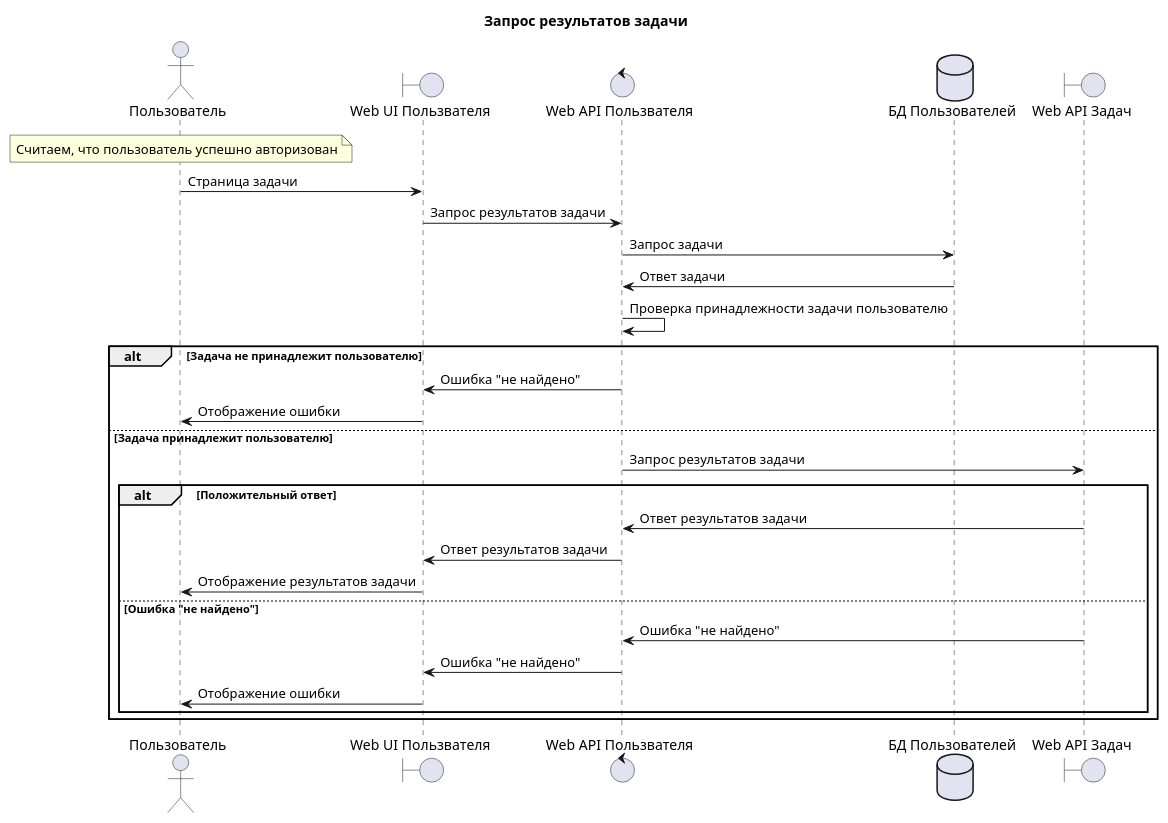
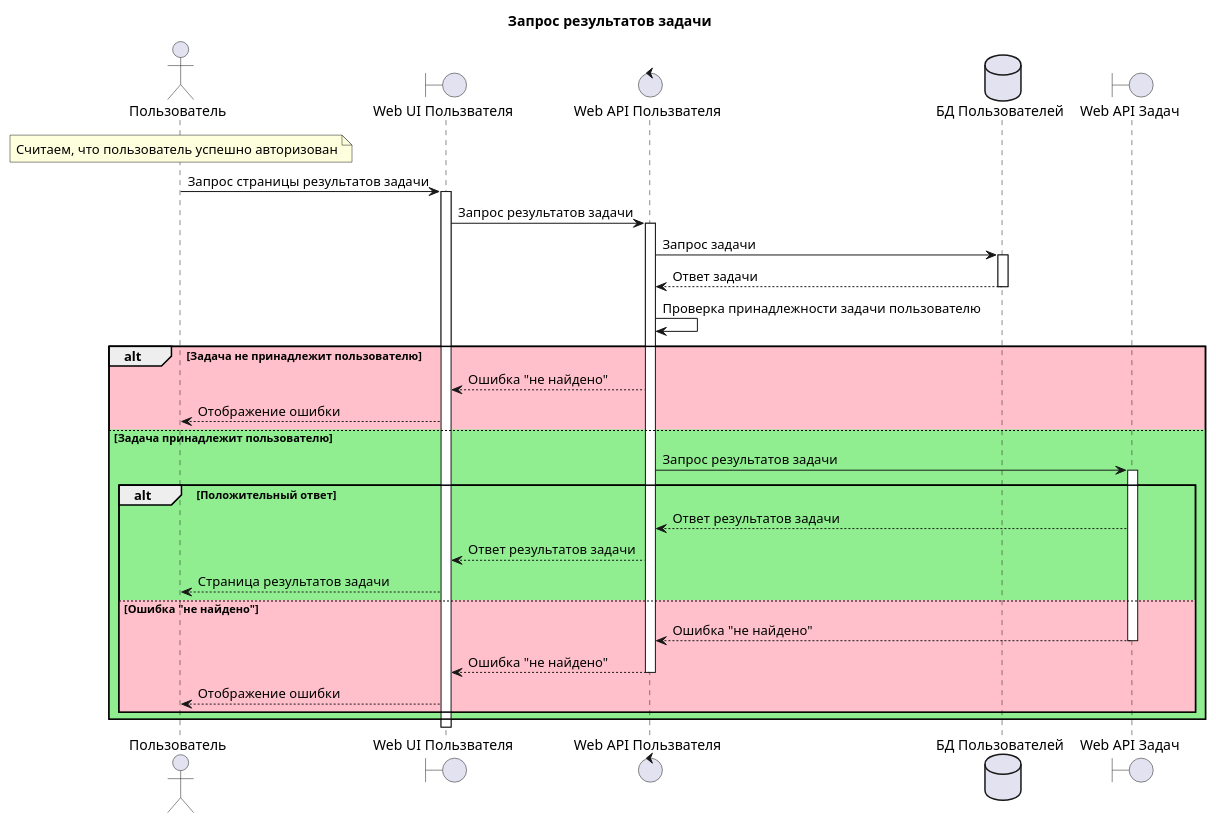
The fifth of 5 diagrams in docs/diagrams/sequence/User.WebApp.puml (mrypdm/JobSystem), drawn with PlantUML before and after one commit. The commit also changed other lines of this file and 2 other files, not shown here.

Commit message:
improve sequences

```diff
--- a/docs/diagrams/sequence/User.WebApp.puml
+++ b/docs/diagrams/sequence/User.WebApp.puml
@@ -117,44 +124,44 @@
 @startuml User job
 
 title Запрос результатов задачи
 
 actor Пользователь as USER
 note over USER: Считаем, что пользователь успешно авторизован
 
 boundary "Web UI Пользвателя" as UI
 control "Web API Пользвателя" as API
 database "БД Пользователей" as DB
 boundary "Web API Задач" as JOBS
 
-USER -> UI: Страница задачи
-UI -> API: Запрос результатов задачи
-API -> DB: Запрос задачи
-DB -> API: Ответ задачи
+USER -> UI++: Запрос страницы результатов задачи
+UI -> API++: Запрос результатов задачи
+API -> DB++: Запрос задачи
+DB --> API--: Ответ задачи
 API -> API: Проверка принадлежности задачи пользователю
 
-alt Задача не принадлежит пользователю
+alt #Pink Задача не принадлежит пользователю
 
-    API -> UI: Ошибка "не найдено"
-    UI -> USER: Отображение ошибки
+    API --> UI: Ошибка "не найдено"
+    UI --> USER: Отображение ошибки
 
-else Задача принадлежит пользователю
+else #LightGreen Задача принадлежит пользователю
 
-    API -> JOBS: Запрос результатов задачи
+    API -> JOBS++: Запрос результатов задачи
 
-    alt Положительный ответ
+    alt #LightGreen Положительный ответ
 
-        JOBS -> API: Ответ результатов задачи
-        API -> UI: Ответ результатов задачи
-        UI -> USER: Отображение результатов задачи
+        JOBS --> API: Ответ результатов задачи
+        API --> UI: Ответ результатов задачи
+        UI --> USER: Страница результатов задачи
 
-    else Ошибка "не найдено"
+    else #Pink Ошибка "не найдено"
 
-        JOBS -> API: Ошибка "не найдено"
-        API -> UI: Ошибка "не найдено"
-        UI -> USER: Отображение ошибки
+        JOBS --> API--: Ошибка "не найдено"
+        API --> UI--: Ошибка "не найдено"
+        UI --> USER: Отображение ошибки
 
     end
 
 end
 
 @enduml
```
